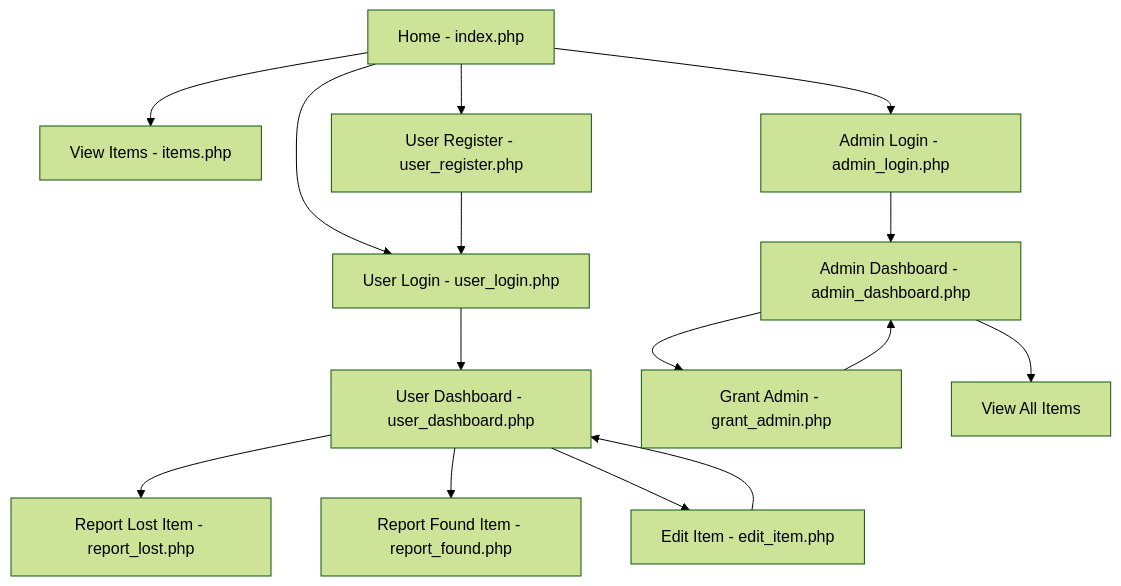
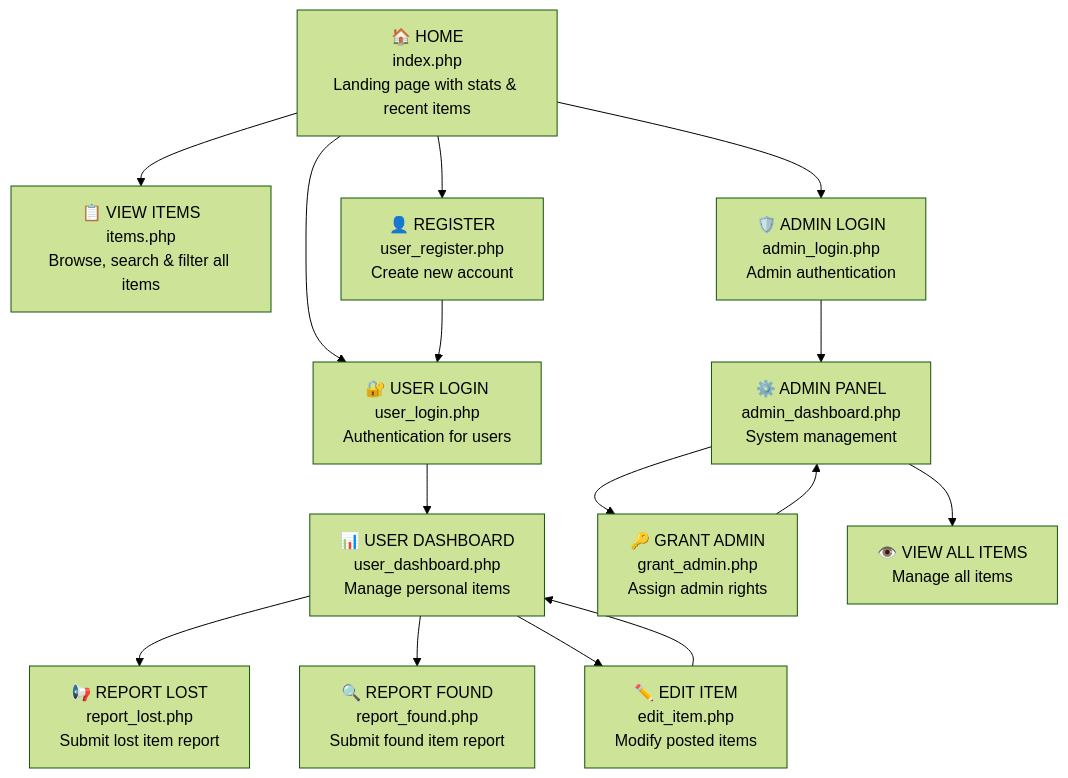
Before and after one commit to Izaek256/Lostnfound: the diagram in SITEMAP.md, drawn with Mermaid (forest theme). The commit also changed other lines of this file, not shown here.

````diff
--- a/SITEMAP.md
+++ b/SITEMAP.md
@@ -5,26 +5,26 @@
 ```mermaid
 graph TB
-    Home[Home - index.php]
+    Home["🏠 HOME<br/>index.php<br/>Landing page with stats & recent items"]
     
-    Home --> ViewItems[View Items - items.php]
-    Home --> UserLogin[User Login - user_login.php]
-    Home --> UserRegister[User Register - user_register.php]
-    Home --> AdminLogin[Admin Login - admin_login.php]
+    Home --> ViewItems["📋 VIEW ITEMS<br/>items.php<br/>Browse, search & filter all items"]
+    Home --> UserLogin["🔐 USER LOGIN<br/>user_login.php<br/>Authentication for users"]
+    Home --> UserRegister["👤 REGISTER<br/>user_register.php<br/>Create new account"]
+    Home --> AdminLogin["🛡️ ADMIN LOGIN<br/>admin_login.php<br/>Admin authentication"]
     
     UserRegister --> UserLogin
     
-    UserLogin --> UserDashboard[User Dashboard - user_dashboard.php]
+    UserLogin --> UserDashboard["📊 USER DASHBOARD<br/>user_dashboard.php<br/>Manage personal items"]
     
-    UserDashboard --> ReportLost[Report Lost Item - report_lost.php]
-    UserDashboard --> ReportFound[Report Found Item - report_found.php]
-    UserDashboard --> EditItem[Edit Item - edit_item.php]
+    UserDashboard --> ReportLost["📢 REPORT LOST<br/>report_lost.php<br/>Submit lost item report"]
+    UserDashboard --> ReportFound["🔍 REPORT FOUND<br/>report_found.php<br/>Submit found item report"]
+    UserDashboard --> EditItem["✏️ EDIT ITEM<br/>edit_item.php<br/>Modify posted items"]
     
     EditItem --> UserDashboard
     
-    AdminLogin --> AdminDashboard[Admin Dashboard - admin_dashboard.php]
+    AdminLogin --> AdminDashboard["⚙️ ADMIN PANEL<br/>admin_dashboard.php<br/>System management"]
     
-    AdminDashboard --> GrantAdmin[Grant Admin - grant_admin.php]
-    AdminDashboard --> ViewAllItems[View All Items]
+    AdminDashboard --> GrantAdmin["🔑 GRANT ADMIN<br/>grant_admin.php<br/>Assign admin rights"]
+    AdminDashboard --> ViewAllItems["👁️ VIEW ALL ITEMS<br/>Manage all items"]
     
     GrantAdmin --> AdminDashboard
 ```
````
